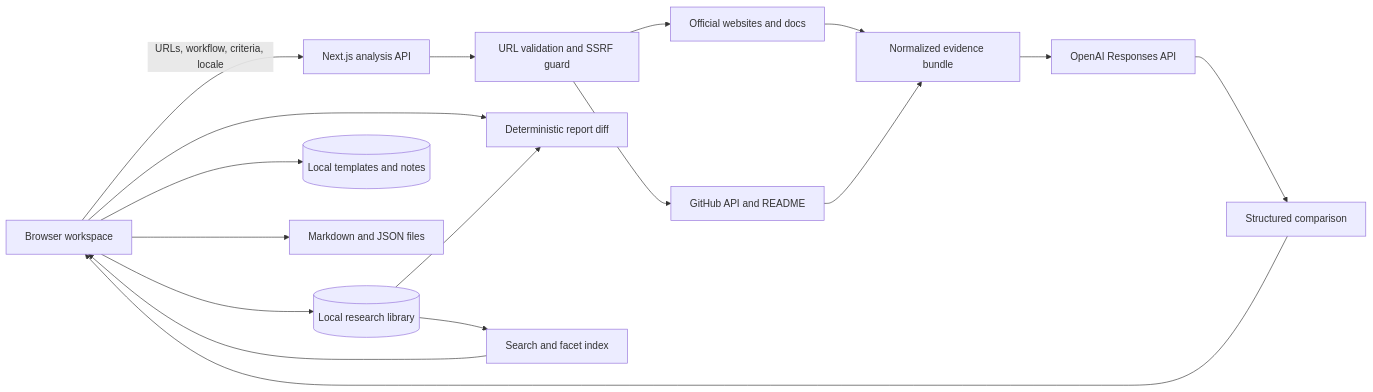
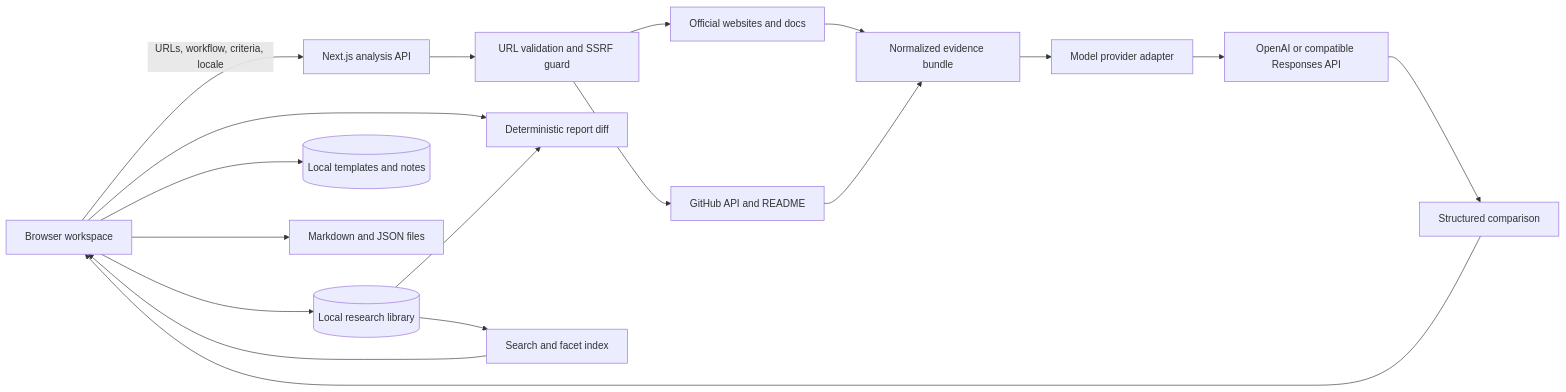
The first of 5 diagrams in README.md (wp043/fitlens), drawn with Mermaid before and after one commit. The commit also changed other lines of this file and 6 other files, not shown here.

Commit message:
feat(model): add compatible provider adapter

````diff
--- a/README.md
+++ b/README.md
@@ -81,19 +115,20 @@
 ```mermaid
 flowchart LR
     U[Browser workspace] -->|URLs, workflow, criteria, locale| A[Next.js analysis API]
     A --> V[URL validation and SSRF guard]
     V --> W[Official websites and docs]
     V --> G[GitHub API and README]
     W --> E[Normalized evidence bundle]
     G --> E
-    E --> M[OpenAI Responses API]
-    M --> R[Structured comparison]
+    E --> M[Model provider adapter]
+    M --> O[OpenAI or compatible Responses API]
+    O --> R[Structured comparison]
     R --> U
     U --> H[(Local research library)]
     U --> P[(Local templates and notes)]
     U --> D[Deterministic report diff]
     H --> D
     H --> I[Search and facet index]
     I --> U
     U --> X[Markdown and JSON files]
 ```
````
